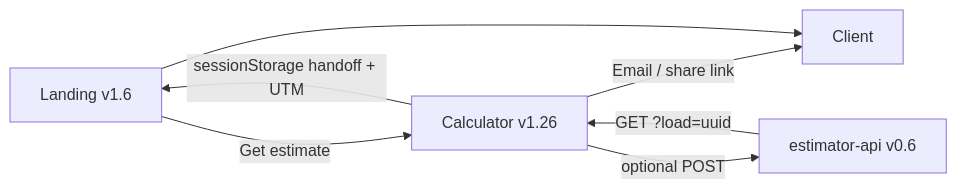
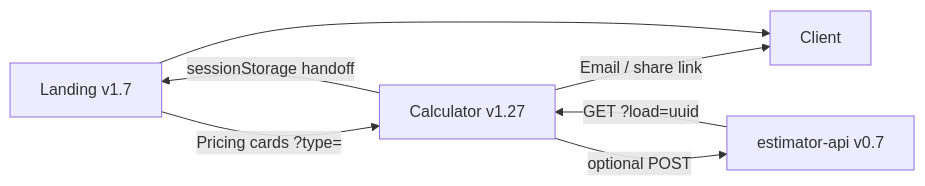
One commit to pixellayer7-jpg/pixellayer7-jpg changed the diagram in README.md. Above: the diagram before and after it, drawn with Mermaid. The commit also changed other lines of this file, not shown here.

Commit message:
Profile: v1.7 landing, v1.27 calculator, v0.7 API

````diff
--- a/README.md
+++ b/README.md
@@ -18,9 +18,9 @@
 ```mermaid
 flowchart LR
-  A[Landing v1.6] -->|Get estimate| B[Calculator v1.26]
-  B -->|sessionStorage handoff + UTM| A
+  A[Landing v1.7] -->|Pricing cards ?type=| B[Calculator v1.27]
+  B -->|sessionStorage handoff| A
   B -->|Email / share link| C[Client]
-  B -->|optional POST| D[estimator-api v0.6]
+  B -->|optional POST| D[estimator-api v0.7]
   D -->|GET ?load=uuid| B
   A --> C
 ```
````
